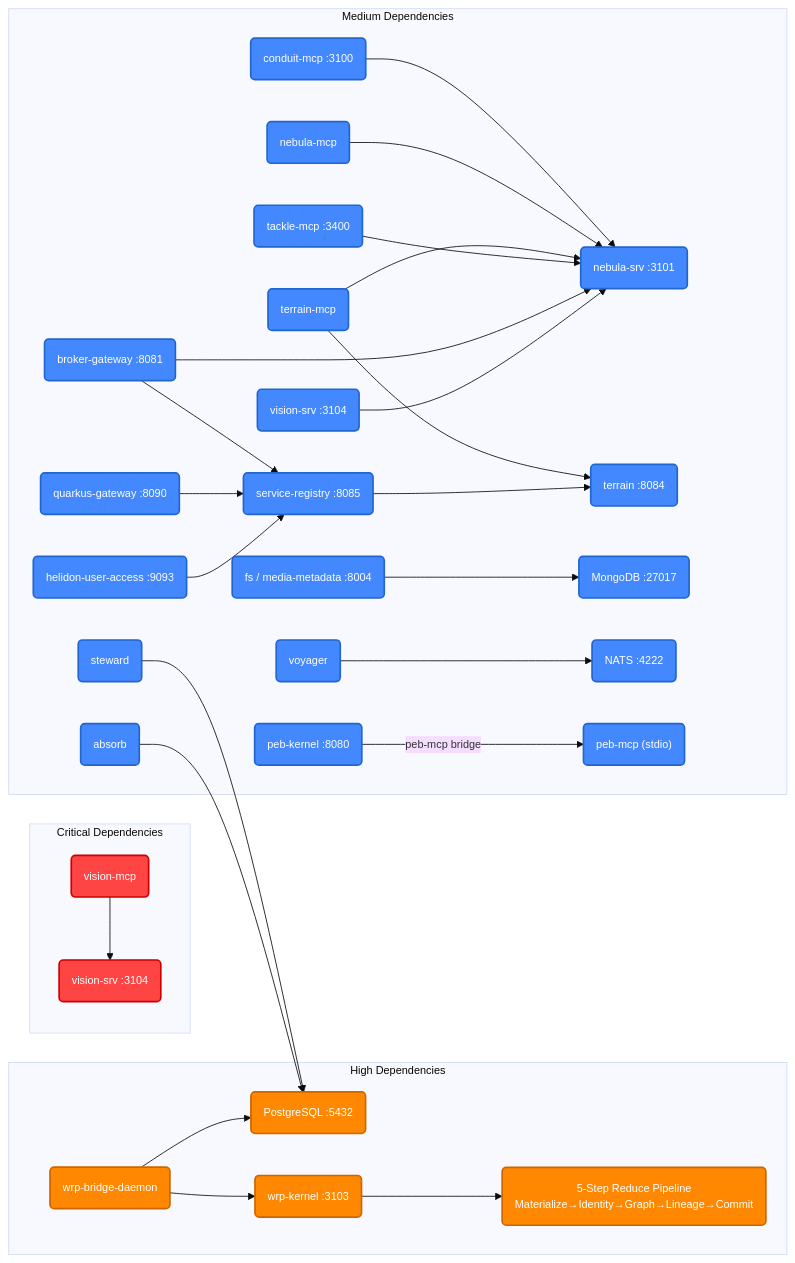
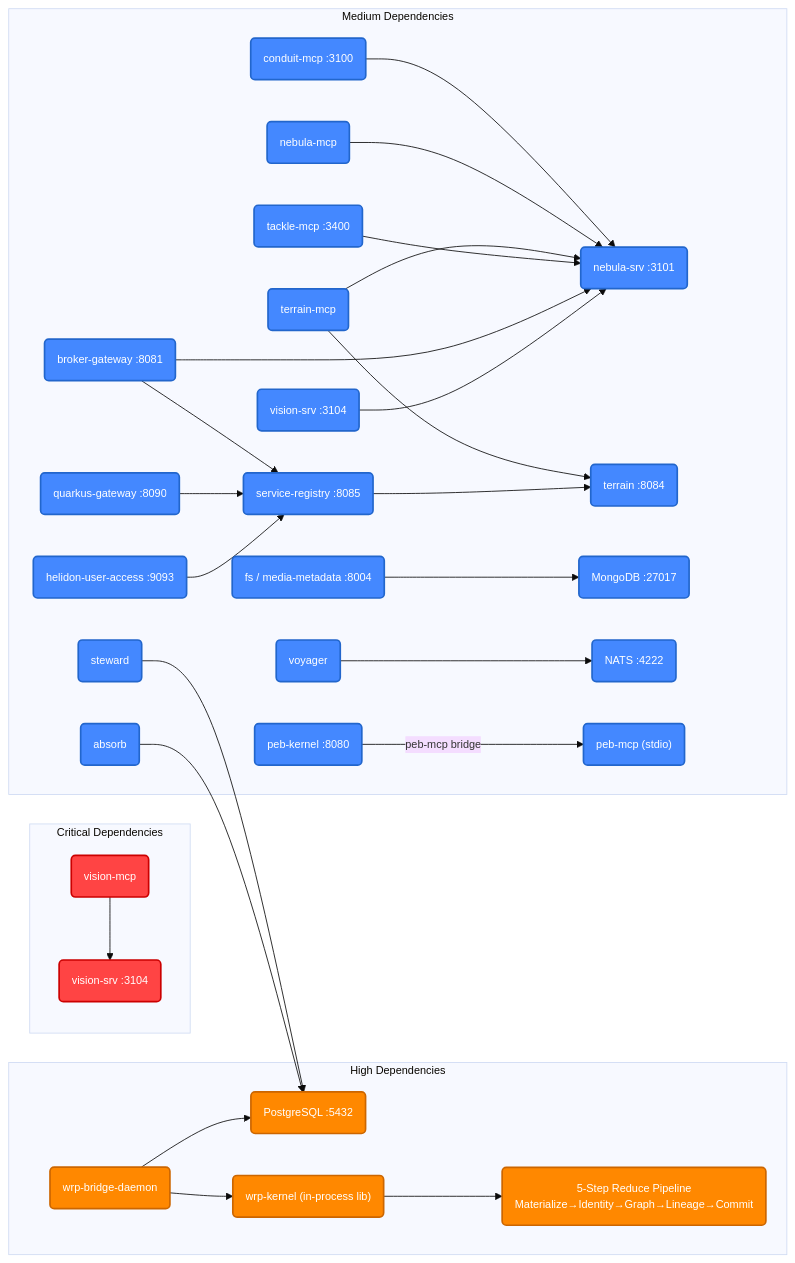
Before and after one commit to markpippins/Nexus: the second of 3 diagrams in audit/SERVICE_TOPOLOGY.md, drawn with Mermaid. The commit also changed other lines of this file and 4 other files, not shown here.

First line of the commit message:
docs(audit): wrp-kernel in-process architecture, reconciled topology and pipeline flow

````diff
--- a/audit/SERVICE_TOPOLOGY.md
+++ b/audit/SERVICE_TOPOLOGY.md
@@ -208,52 +208,52 @@
 ```mermaid
 %%{init: {'theme': 'base', 'themeVariables': {
   'fontSize': '13px',
   'primaryBorderColor': '#555'
 }}}%%
 
 graph LR
     %% Styles
     classDef critical fill:#ff4444,color:#fff,stroke:#cc0000,stroke-width:2px
     classDef high fill:#ff8800,color:#fff,stroke:#cc6600,stroke-width:2px
     classDef medium fill:#4488ff,color:#fff,stroke:#2266cc,stroke-width:2px
     classDef service fill:#334,color:#ddd,stroke:#667
 
     %% CRITICAL dependencies
     subgraph Critical["Critical Dependencies"]
         VM1("vision-mcp") --> VS1("vision-srv :3104")
     end
 
     %% HIGH dependencies
     subgraph High["High Dependencies"]
         WBD1("wrp-bridge-daemon") --> PG1("PostgreSQL :5432")
-        WBD1 --> WK1("wrp-kernel :3103")
+        WBD1 --> WK1("wrp-kernel (in-process lib)")
         WK1 --> WK_STEPS("5-Step Reduce Pipeline<br/>Materialize→Identity→Graph→Lineage→Commit")
     end
 
     %% MEDIUM dependencies
     subgraph Medium["Medium Dependencies"]
         CM1("conduit-mcp :3100") --> NS1("nebula-srv :3101")
         NM1("nebula-mcp") --> NS1
         TM1("terrain-mcp") --> NS1
         TKM1("tackle-mcp :3400") --> NS1
         BG1("broker-gateway :8081") --> NS1
         VS2("vision-srv :3104") --> NS1
         TM1 --> TERR1("terrain :8084")
         SWD1("steward") --> PG1
         ABS1("absorb") --> PG1
         FS1("fs / media-metadata :8004") --> MONGO1("MongoDB :27017")
         VYG1("voyager") --> NATS1("NATS :4222")
         PK1("peb-kernel :8080") -- "peb-mcp bridge" --> PM1("peb-mcp (stdio)")
         BG1 --> SR1("service-registry :8085")
         SR1 --> TERR1
         QG1("quarkus-gateway :8090") --> SR1
         HUS1("helidon-user-access :9093") --> SR1
     end
 
     class VM1 critical
     class CM1,NM1,TM1,TKM1,BG1,VS2,TERR1,NS1,SWD1,ABS1,FS1,VYG1,PK1,SR1,PM1,QG1,HUS1 medium
     class WBD1 high
     class WK1,WK_STEPS,PG1 high
     class VS1 critical
     class MONGO1,NATS1 medium
 ```
````
